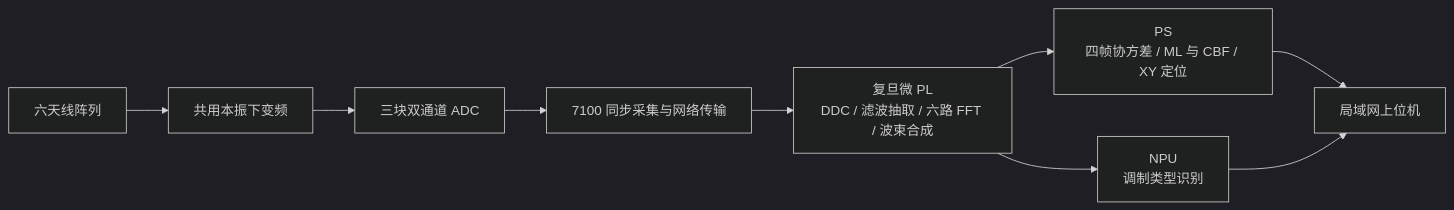
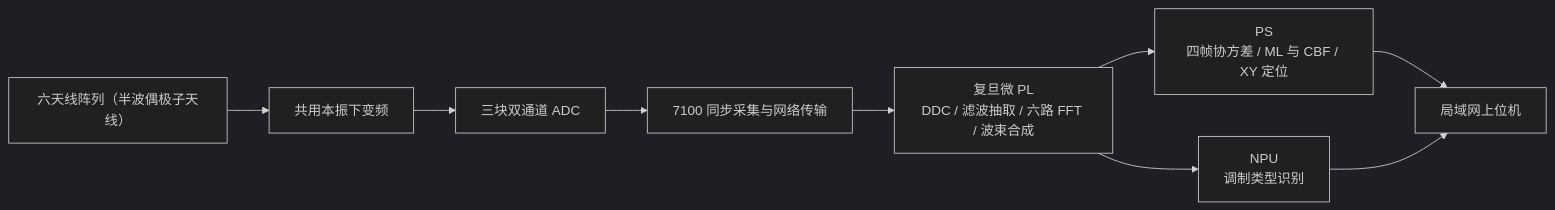
One commit to fornesen/FMSH-ML-CBF-AOA changed the diagram in README.md. Above: the diagram before and after it, drawn with Mermaid (dark theme). The commit also changed other lines of this file, not shown here.

````diff
--- a/README.md
+++ b/README.md
@@ -19,11 +19,11 @@
 ```mermaid
 flowchart LR
-    A[六天线阵列] --> B[共用本振下变频]
+    A[六天线阵列（半波偶极子天线）] --> B[共用本振下变频]
     B --> C[三块双通道 ADC]
     C --> D[7100 同步采集与网络传输]
     D --> E["复旦微 PL<br/>DDC / 滤波抽取 / 六路 FFT / 波束合成"]
     E --> F["PS<br/>四帧协方差 / ML 与 CBF / XY 定位"]
     E --> G["NPU<br/>调制类型识别"]
     F --> H[局域网上位机]
     G --> H
 ```
````
